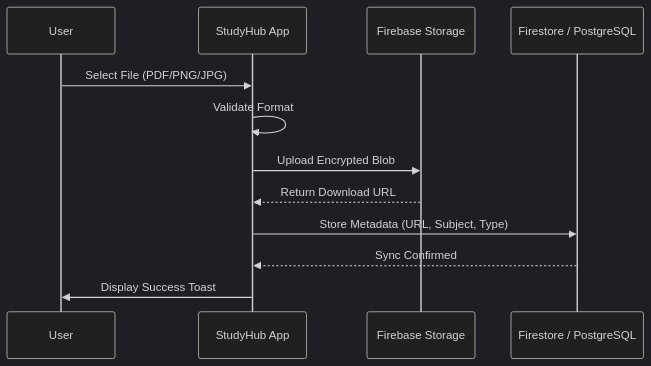
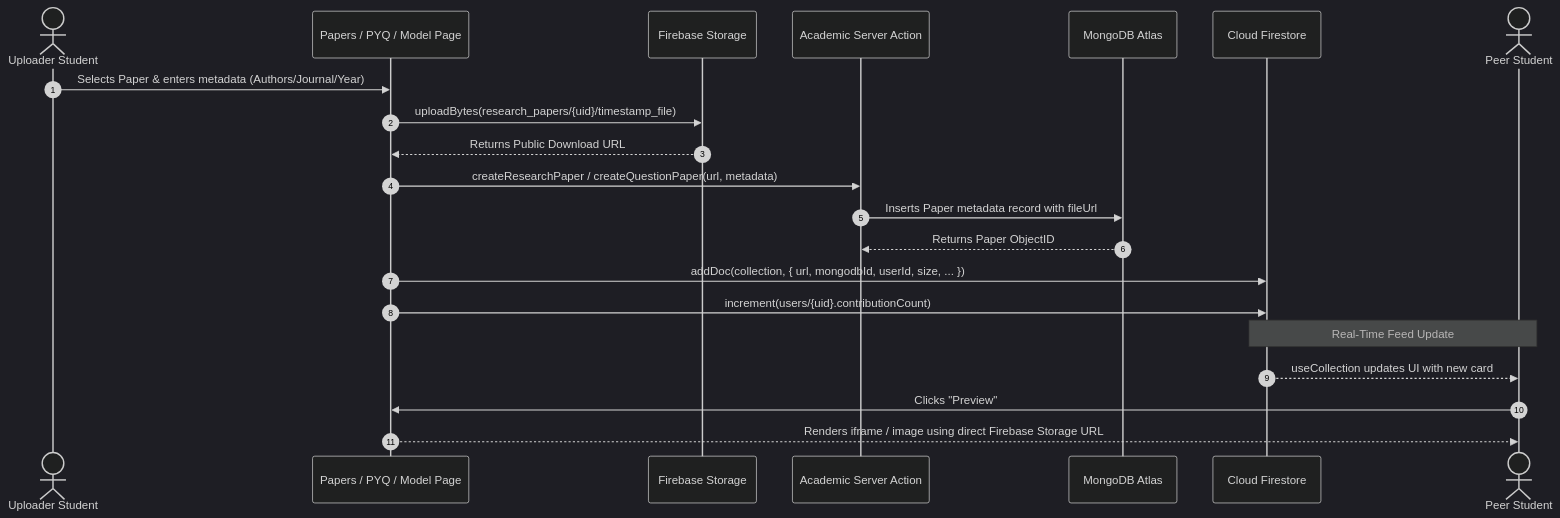
Before and after one commit to IKnowU27735300/StudyHuby: the fourth of 7 diagrams in studyhub/README.md, drawn with Mermaid (dark theme). The commit also changed other lines of this file and 4 other files, not shown here.

````diff
--- a/studyhub/README.md
+++ b/studyhub/README.md
@@ -63,15 +174,25 @@
 ```mermaid
 sequenceDiagram
-    participant User
-    participant App as StudyHub App
+    autonumber
+    actor Uploader as Uploader Student
+    participant App as Papers / PYQ / Model Page
     participant Storage as Firebase Storage
-    participant DB as Firestore / PostgreSQL
+    participant Server as Academic Server Action
+    participant Mongo as MongoDB Atlas
+    participant Firestore as Cloud Firestore
+    actor Peer as Peer Student
 
-    User->>App: Select File (PDF/PNG/JPG)
-    App->>App: Validate Format
-    App->>Storage: Upload Encrypted Blob
-    Storage-->>App: Return Download URL
-    App->>DB: Store Metadata (URL, Subject, Type)
-    DB-->>App: Sync Confirmed
-    App->>User: Display Success Toast
+    Uploader->>App: Selects Paper & enters metadata (Authors/Journal/Year)
+    App->>Storage: uploadBytes(research_papers/{uid}/timestamp_file)
+    Storage-->>App: Returns Public Download URL
+    App->>Server: createResearchPaper / createQuestionPaper(url, metadata)
+    Server->>Mongo: Inserts Paper metadata record with fileUrl
+    Mongo-->>Server: Returns Paper ObjectID
+    App->>Firestore: addDoc(collection, { url, mongodbId, userId, size, ... })
+    App->>Firestore: increment(users/{uid}.contributionCount)
+    
+    note over Firestore,Peer: Real-Time Feed Update
+    Firestore-->>Peer: useCollection updates UI with new card
+    Peer->>App: Clicks "Preview"
+    App-->>Peer: Renders iframe / image using direct Firebase Storage URL
 ```
````
